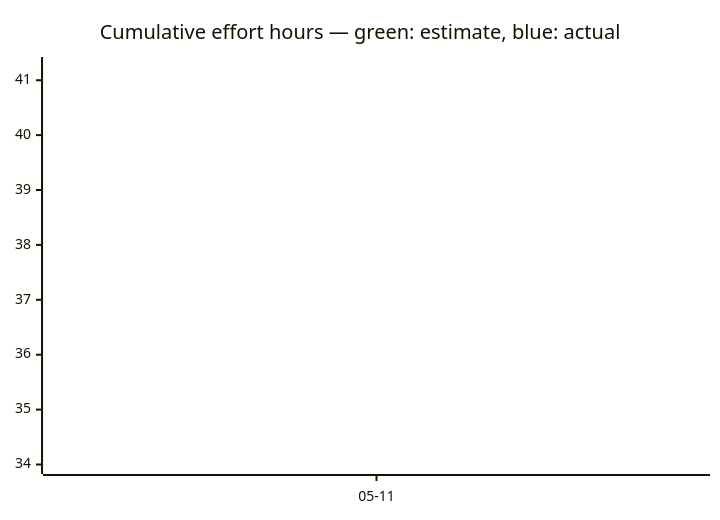
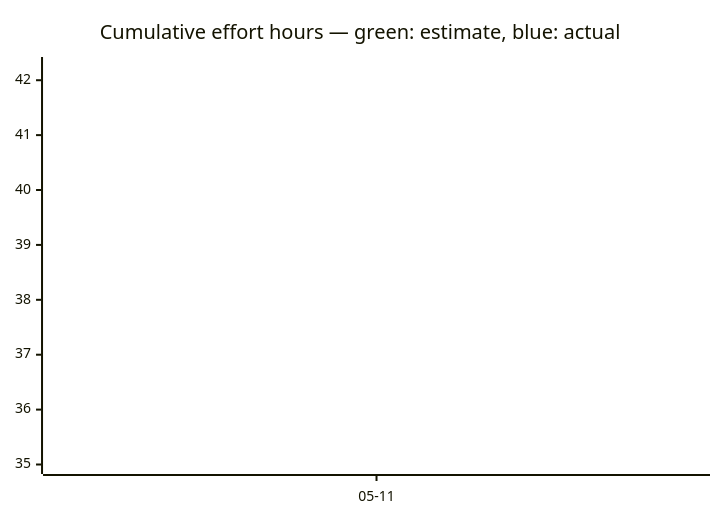
One commit to tgd1975/AwesomeGuitarPedal changed the third of 3 diagrams in docs/developers/tasks/OVERVIEW.md. Above: the diagram before and after it, drawn with Mermaid. The commit also changed other lines of this file and 5 other files, not shown here.

````diff
--- a/docs/developers/tasks/OVERVIEW.md
+++ b/docs/developers/tasks/OVERVIEW.md
@@ -40,7 +40,7 @@
 ```mermaid
 xychart-beta
     title "Cumulative effort hours — green: estimate, blue: actual"
     x-axis ["05-11"]
-    line [34]
-    line [41.25]
+    line [35]
+    line [42.25]
 ```
````
